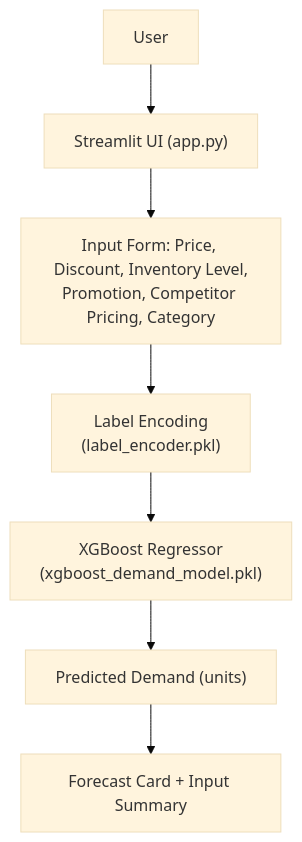
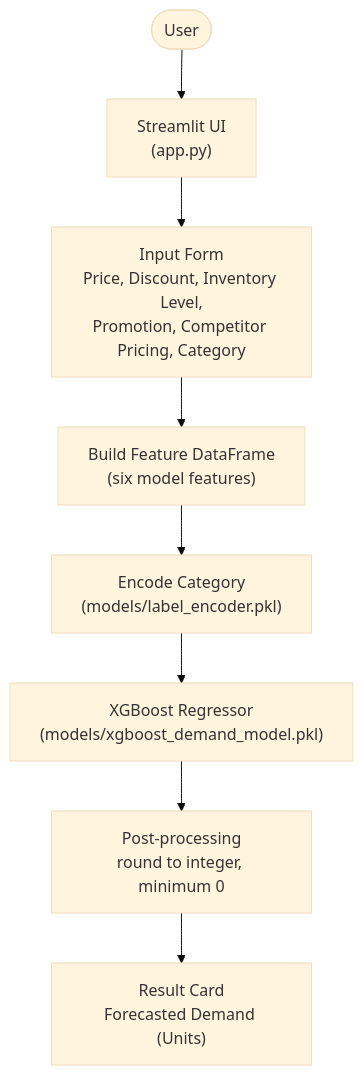
The first of 3 diagrams in README.md (harshantla-cloud/DEMAND-FORECASTING-SYSTEM), drawn with Mermaid (base theme) before and after one commit. The commit also changed other lines of this file, not shown here.

````diff
--- a/README.md
+++ b/README.md
@@ -62,9 +68,10 @@
 ```mermaid
 flowchart TD
-    A[User] --> B["Streamlit UI (app.py)"]
-    B --> C["Input Form: Price, Discount, Inventory Level,<br/>Promotion, Competitor Pricing, Category"]
-    C --> D["Label Encoding<br/>(label_encoder.pkl)"]
-    D --> E["XGBoost Regressor<br/>(xgboost_demand_model.pkl)"]
-    E --> F["Predicted Demand (units)"]
-    F --> G["Forecast Card + Input Summary"]
+    A([User]) --> B["Streamlit UI<br/>(app.py)"]
+    B --> C["Input Form<br/>Price, Discount, Inventory Level,<br/>Promotion, Competitor Pricing, Category"]
+    C --> D["Build Feature DataFrame<br/>(six model features)"]
+    D --> E["Encode Category<br/>(models/label_encoder.pkl)"]
+    E --> F["XGBoost Regressor<br/>(models/xgboost_demand_model.pkl)"]
+    F --> G["Post-processing<br/>round to integer, minimum 0"]
+    G --> H["Result Card<br/>Forecasted Demand (Units)"]
 ```
````
